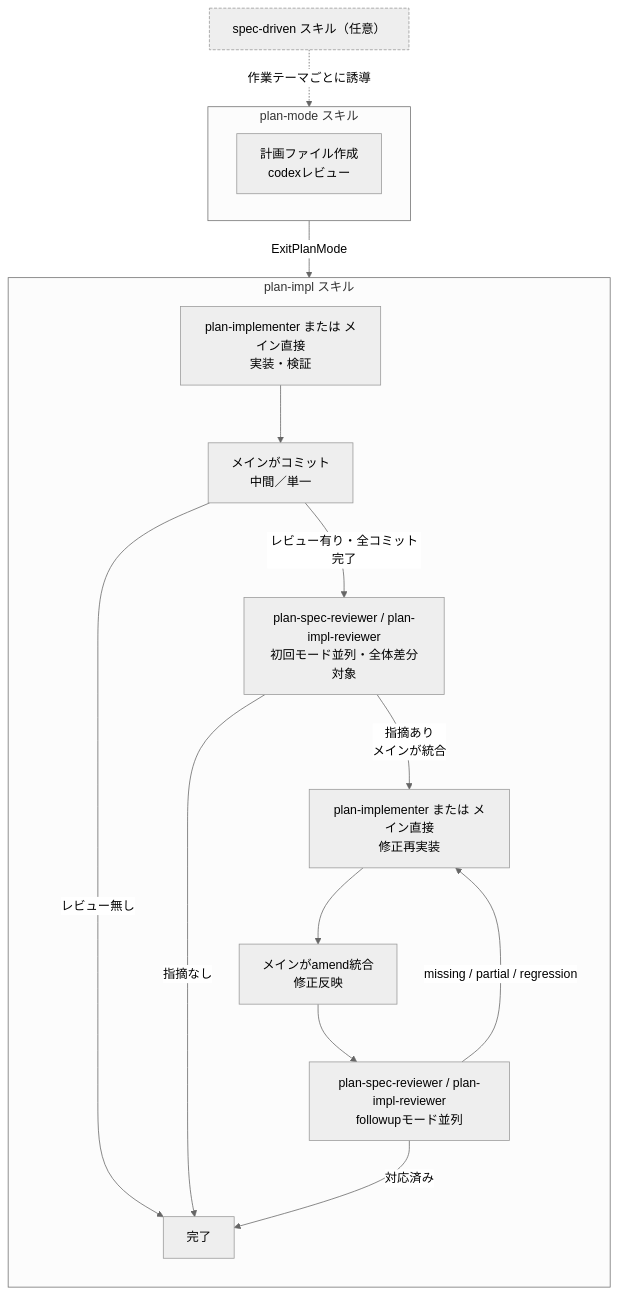
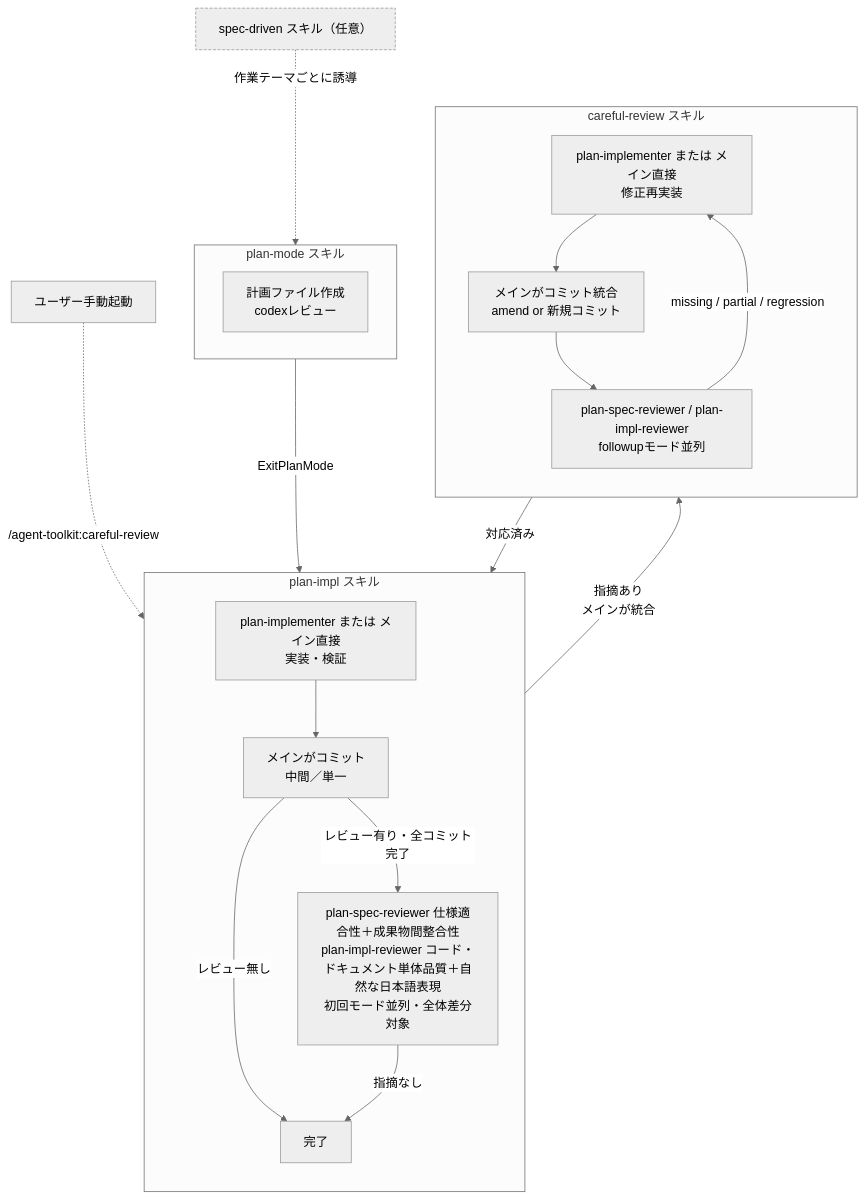
The diagram in .claude/rules/agent-toolkit.md (ak110/dotfiles), drawn with Mermaid (neutral theme) before and after one commit. The commit also changed 14 other files, not shown here.

First line of the commit message:
feat(agent-toolkit): レビュー工程をcareful-reviewへ独立しplan-impl-reviewerを単体品質特化する

````diff
--- a/.claude/rules/agent-toolkit.md
+++ b/.claude/rules/agent-toolkit.md
@@ -60,23 +60,28 @@
 ```mermaid
 flowchart TB
     SD["spec-driven スキル（任意）"]:::sd
     subgraph PM["plan-mode スキル"]
       P[計画ファイル作成<br/>codexレビュー]
     end
     subgraph PI["plan-impl スキル"]
       direction TB
       T[plan-implementer または メイン直接<br/>実装・検証] --> CM[メインがコミット<br/>中間／単一]
       CM -->|レビュー無し| END[完了]
-      CM -->|レビュー有り・全コミット完了| R1[plan-spec-reviewer / plan-impl-reviewer<br/>初回モード並列・全体差分対象]
-      R1 -->|指摘あり<br/>メインが統合| T2[plan-implementer または メイン直接<br/>修正再実装]
-      T2 --> CFix[メインがamend統合<br/>修正反映]
+      CM -->|レビュー有り・全コミット完了| CR
+    end
+    subgraph CRS["careful-review スキル"]
+      direction TB
+      CR[plan-spec-reviewer 仕様適合性＋成果物間整合性<br/>plan-impl-reviewer コード・ドキュメント単体品質＋自然な日本語表現<br/>初回モード並列・全体差分対象]
+      CR -->|指摘あり<br/>メインが統合| T2[plan-implementer または メイン直接<br/>修正再実装]
+      T2 --> CFix[メインがコミット統合<br/>amend or 新規コミット]
       CFix --> R2[plan-spec-reviewer / plan-impl-reviewer<br/>followupモード並列]
       R2 -->|missing / partial / regression| T2
-      R1 -->|指摘なし| END
+      CR -->|指摘なし| END
       R2 -->|対応済み| END
     end
     SD -.->|作業テーマごとに誘導| PM
     PM -->|ExitPlanMode| PI
+    User[ユーザー手動起動] -.->|/agent-toolkit:careful-review| CR
 
     classDef sd stroke-dasharray: 4 2
 ```
````
